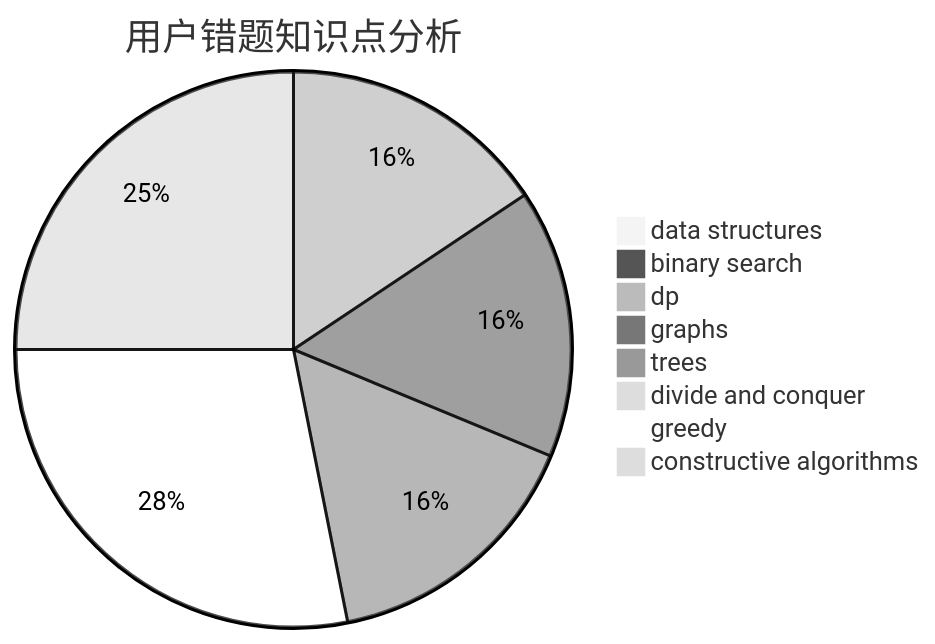
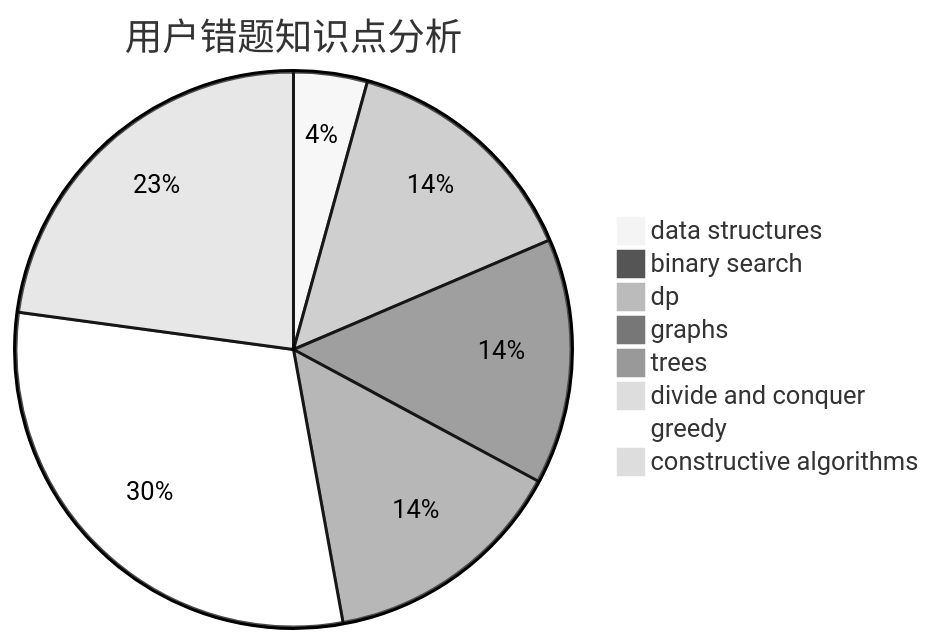
The third of 3 diagrams in docs/user/u2572.md (sherpahu/cfrs.github.io), drawn with Mermaid (neutral theme) before and after one commit. The commit also changed other lines of this file and 2770 other files, not shown here.

````diff
--- a/docs/user/u2572.md
+++ b/docs/user/u2572.md
@@ -36,11 +36,11 @@
 ```mermaid
 pie title 用户错题知识点分析
-    "data structures" :  0
+    "data structures" :  3
     "binary search" :  0
     "dp" :  10
     "graphs" :  10
     "trees" :  10
     "divide and conquer" :  0
-    "greedy" :  18
+    "greedy" :  21
     "constructive algorithms" :  16
 ```
````
